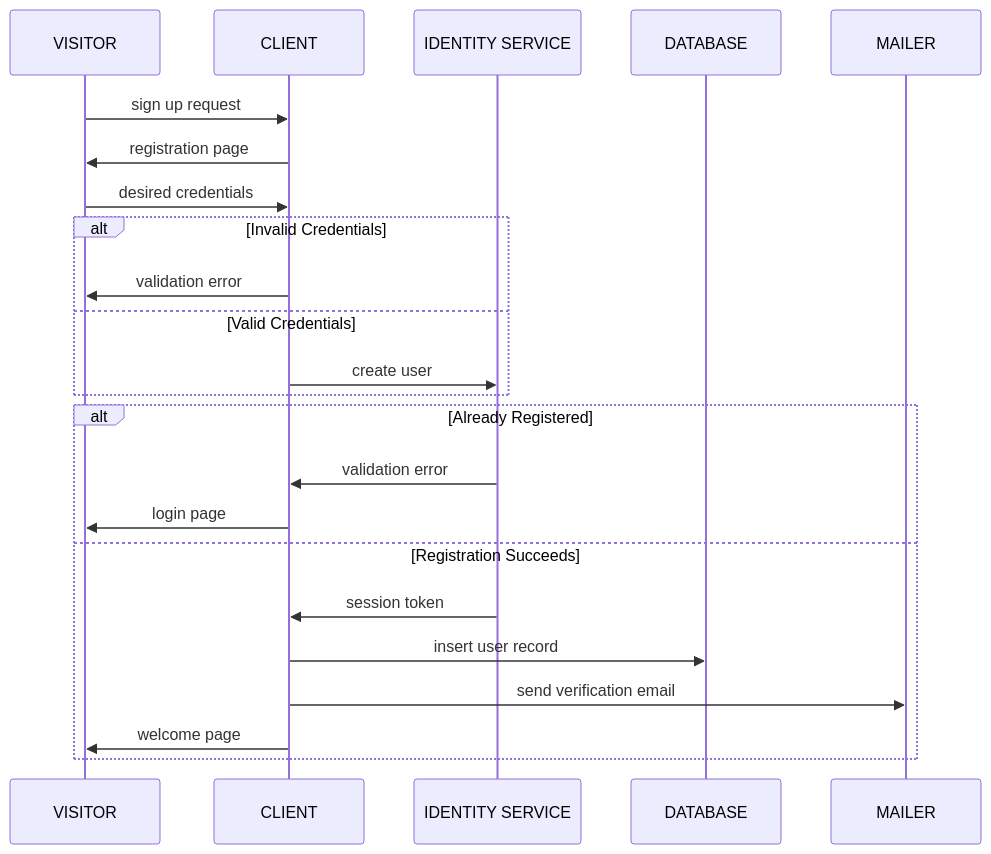
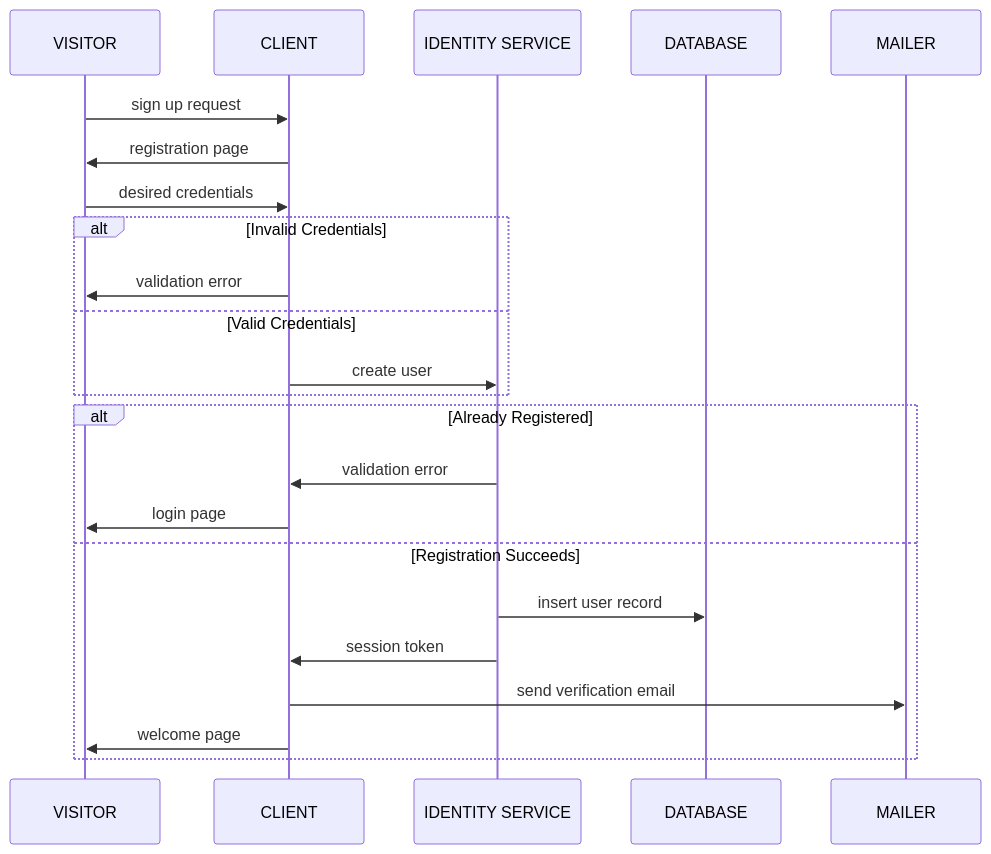
The diagram in README.md (sscovil/mermaid-examples), drawn with Mermaid before and after one commit.

Commit message:
fix user insert flow

````diff
--- a/README.md
+++ b/README.md
@@ -11,25 +11,25 @@
 ```mermaid
 sequenceDiagram
   participant V as VISITOR
   participant A as CLIENT
   participant I as IDENTITY SERVICE
   participant D as DATABASE
   participant M as MAILER
   V->>A: sign up request
   A->>V: registration page
   V->>A: desired credentials
   alt Invalid Credentials
     A->>V: validation error
   else Valid Credentials
     A->>I: create user
   end
   alt Already Registered
     I->>A: validation error
     A->>V: login page
   else Registration Succeeds
+    I->>D: insert user record
     I->>A: session token
-    A->>D: insert user record
     A->>M: send verification email
     A->>V: welcome page
   end
 ```
````
